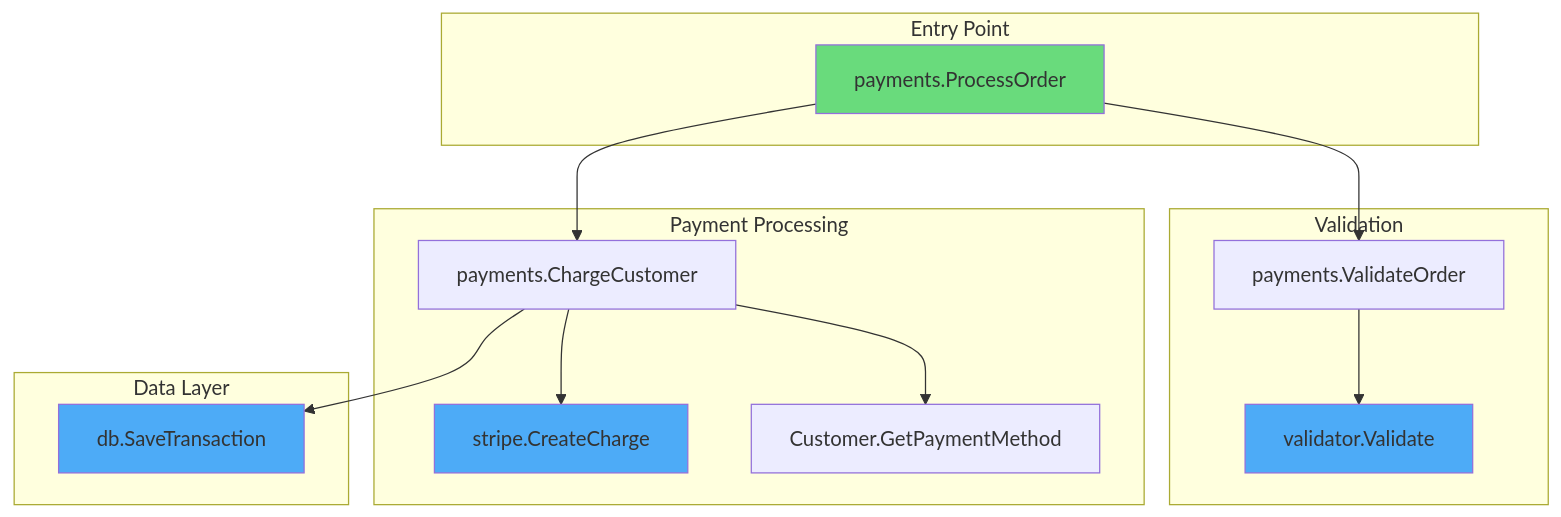
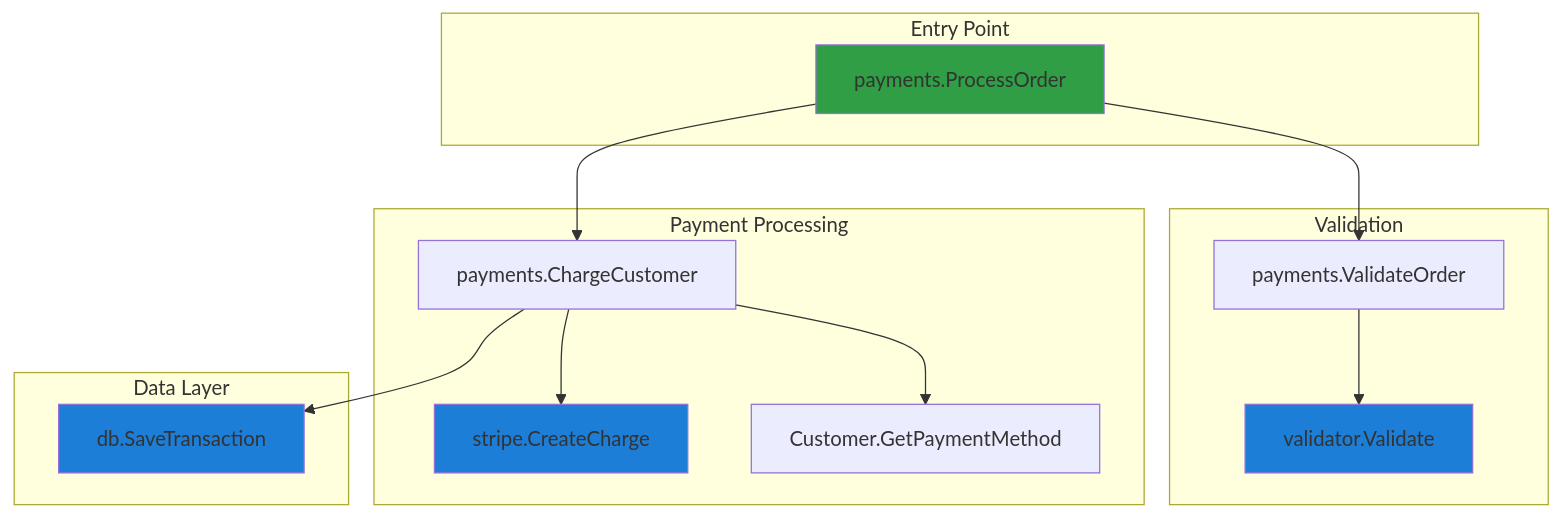
Before and after one commit to selimabeniacar/gemini-skills: the fourth of 4 diagrams in examples/call-graph.md, drawn with Mermaid. The commit also changed other lines of this file and 6 other files, not shown here.

Commit message:
Add /flow skill for generating flow diagrams

````diff
--- a/examples/call-graph.md
+++ b/examples/call-graph.md
@@ -202,33 +202,33 @@
 ```mermaid
 flowchart TD
-    subgraph entry [Entry Point]
+    subgraph entry ["Entry Point"]
         A[payments.ProcessOrder]
     end
 
-    subgraph validation [Validation]
+    subgraph validation ["Validation"]
         B[payments.ValidateOrder]
         C[validator.Validate]
     end
 
-    subgraph charging [Payment Processing]
+    subgraph charging ["Payment Processing"]
         D[payments.ChargeCustomer]
         E[Customer.GetPaymentMethod]
         F[stripe.CreateCharge]
     end
 
-    subgraph persistence [Data Layer]
+    subgraph persistence ["Data Layer"]
         G[db.SaveTransaction]
     end
 
     A --> B
     A --> D
     B --> C
     D --> E
     D --> F
     D --> G
 
-    style A fill:#69db7c
-    style C fill:#4dabf7
-    style F fill:#4dabf7
-    style G fill:#4dabf7
+    style A fill:#2f9e44
+    style C fill:#1c7ed6
+    style F fill:#1c7ed6
+    style G fill:#1c7ed6
 ```
````
